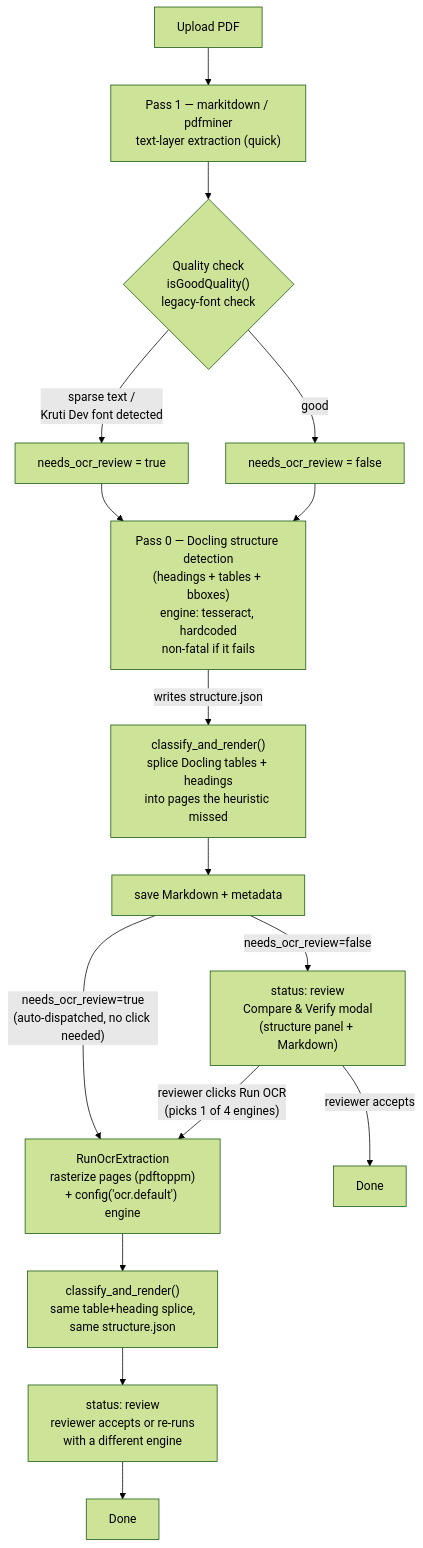
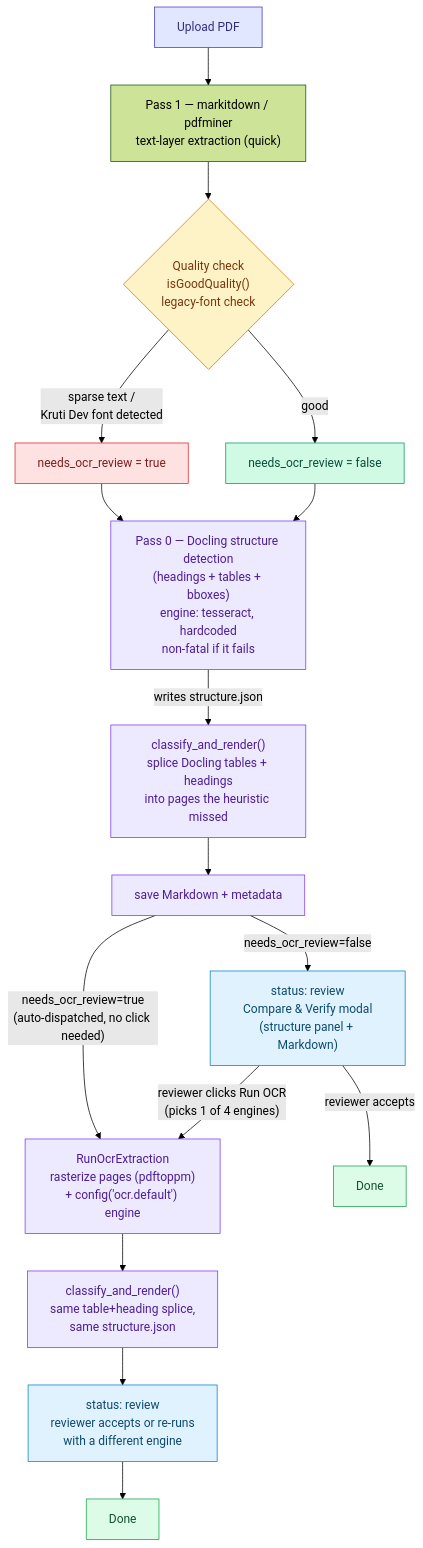
Before and after one commit to SubhanRaj/pdf-markdown-pipeline: the diagram in OCR_RESEARCH.md, drawn with Mermaid (forest theme). The commit also changed 1 other file, not shown here.

Commit message:
docs: add color styling to mermaid diagrams in APP_FLOW.md and OCR_RESEARCH.md
Consistent classDef color scheme across all diagrams (blue=entry, amber=pending/decision, green=good/done, red=bad/flagged, purple=processing) for readability.

````diff
--- a/OCR_RESEARCH.md
+++ b/OCR_RESEARCH.md
@@ -67,18 +67,36 @@
 ```mermaid
 flowchart TD
+    classDef entry fill:#e0e7ff,stroke:#4338ca,color:#312e81
+    classDef decision fill:#fef3c7,stroke:#d97706,color:#78350f
+    classDef bad fill:#fee2e2,stroke:#dc2626,color:#7f1d1d
+    classDef good fill:#d1fae5,stroke:#059669,color:#064e3b
+    classDef process fill:#ede9fe,stroke:#7c3aed,color:#4c1d95
+    classDef review fill:#e0f2fe,stroke:#0284c7,color:#0c4a6e
+    classDef done fill:#dcfce7,stroke:#16a34a,color:#14532d
+
     U[Upload PDF] --> P1["Pass 1 — markitdown / pdfminer\ntext-layer extraction (quick)"]
     P1 --> QC{"Quality check\nisGoodQuality()\nlegacy-font check"}
     QC -->|"sparse text /\nKruti Dev font detected"| FLAG["needs_ocr_review = true"]
     QC -->|good| OK["needs_ocr_review = false"]
     FLAG --> P0
     OK --> P0["Pass 0 — Docling structure detection\n(headings + tables + bboxes)\nengine: tesseract, hardcoded\nnon-fatal if it fails"]
     P0 -->|writes structure.json| SPLICE["classify_and_render()\nsplice Docling tables + headings\ninto pages the heuristic missed"]
     SPLICE --> SAVE["save Markdown + metadata"]
     SAVE -->|needs_ocr_review=false| REVIEW["status: review\nCompare & Verify modal\n(structure panel + Markdown)"]
     SAVE -->|"needs_ocr_review=true\n(auto-dispatched, no click needed)"| P2["RunOcrExtraction\nrasterize pages (pdftoppm)\n+ config('ocr.default') engine"]
     REVIEW -->|reviewer accepts| DONE1[Done]
     REVIEW -->|"reviewer clicks Run OCR\n(picks 1 of 4 engines)"| P2
     P2 --> SPLICE2["classify_and_render()\nsame table+heading splice,\nsame structure.json"]
     SPLICE2 --> REVIEW2["status: review\nreviewer accepts or re-runs\nwith a different engine"]
     REVIEW2 --> DONE2[Done]
+
+    class U entry
+    class QC decision
+    class FLAG bad
+    class OK good
+    class P0,SPLICE,SPLICE2 process
+    class REVIEW,REVIEW2 review
+    class P2 process
+    class SAVE process
+    class DONE1,DONE2 done
 ```
````
